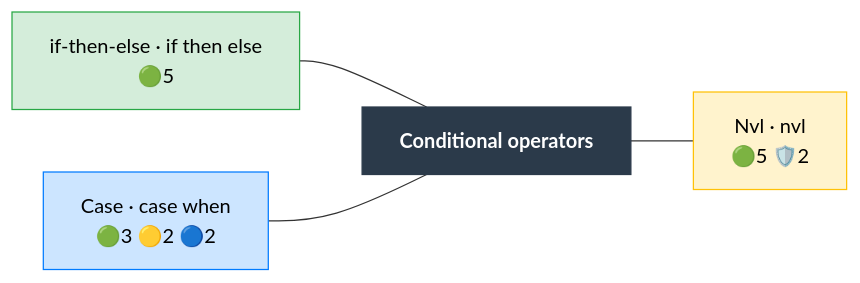
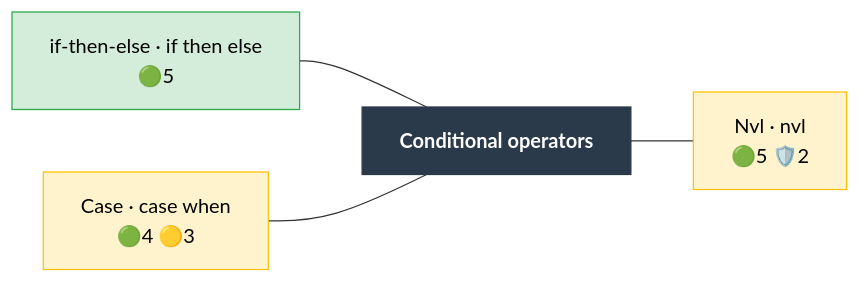
One commit to Meaningful-Data/vtlengine changed the diagram in docs/operator_map/conditional/index.rst. Above: the diagram before and after it, drawn with Mermaid. The commit also changed other lines of this file and 161 other files, not shown here.

```diff
--- a/docs/operator_map/conditional/index.rst
+++ b/docs/operator_map/conditional/index.rst
@@ -17,21 +17,21 @@
 .. mermaid::
    :config: {"flowchart": {"useMaxWidth": false}}
 
    flowchart LR
        classDef ok fill:#d4edda,stroke:#28a745,color:#000
        classDef partial fill:#fff3cd,stroke:#ffc107,color:#000
        classDef refused fill:#d4edda,stroke:#28a745,stroke-width:3px,stroke-dasharray: 2 2,color:#000
        classDef missing fill:#f8d7da,stroke:#dc3545,color:#000
        classDef diverge fill:#cce5ff,stroke:#007bff,color:#000
        classDef block fill:#2b3a4a,stroke:#2b3a4a,color:#fff,font-weight:bold
        classDef ext fill:#fff,stroke:#666,color:#000,stroke-dasharray: 5 5
        B["Conditional operators"]:::block
        conditional__if_then_else["if-then-else · if then else<br/>🟢5"]:::ok
-       conditional__case["Case · case when<br/>🟢3 🟡2 🔵2"]:::diverge
+       conditional__case["Case · case when<br/>🟢4 🟡3"]:::partial
        conditional__nvl["Nvl · nvl<br/>🟢5 🛡️2"]:::partial
        conditional__if_then_else --- B
        conditional__case --- B
        B --- conditional__nvl
        click conditional__if_then_else href "if_then_else.html"
        click conditional__case href "case.html"
        click conditional__nvl href "nvl.html"
```
